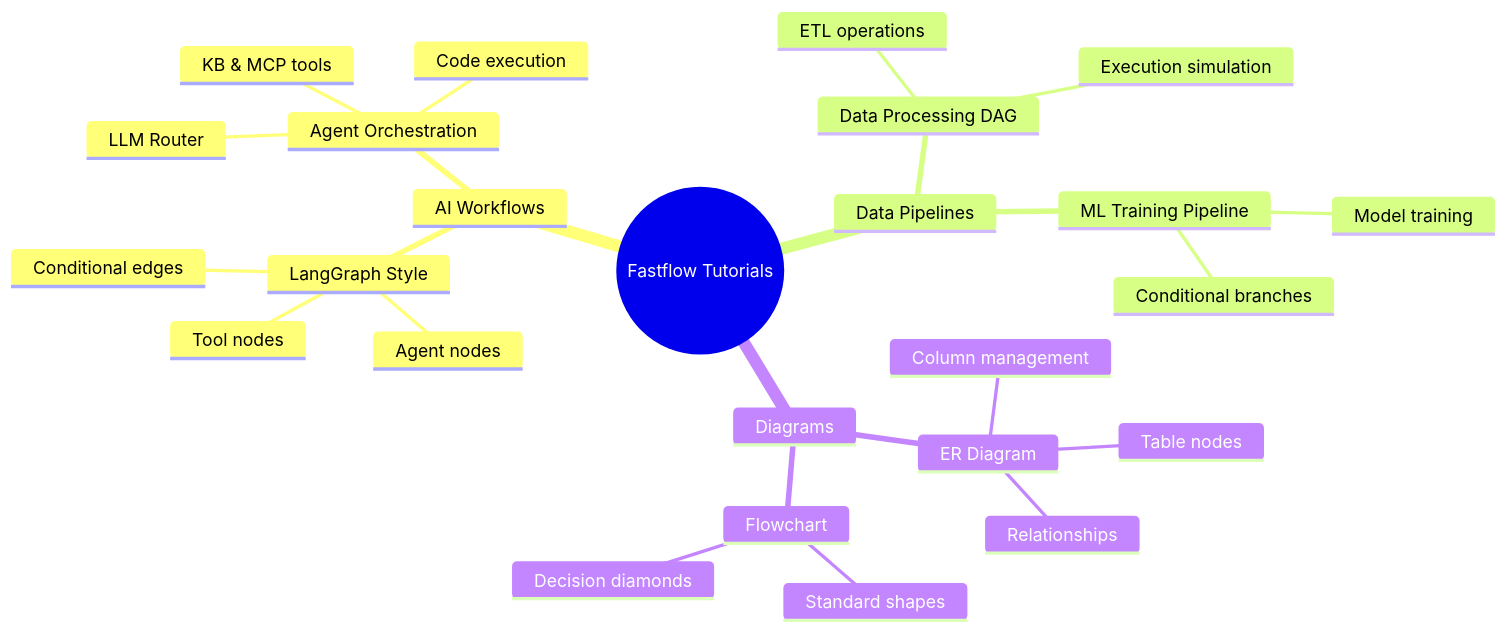
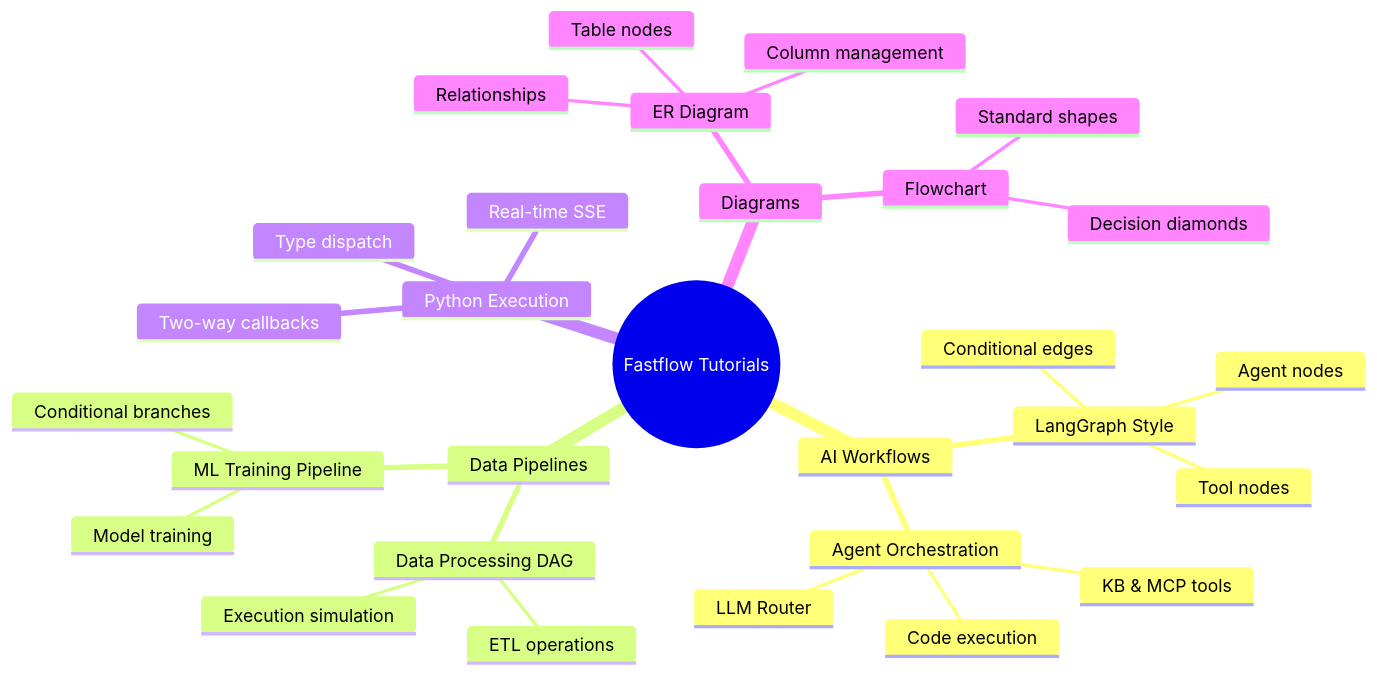
Before and after one commit to sgaseretto/fastflow: the diagram in docs/tutorials/index.md, drawn with Mermaid. The commit also changed other lines of this file and 31 other files, not shown here.

First line of the commit message:
Fix SSE event handling, modularize examples, add Python execution tutorial (#2)

````diff
--- a/docs/tutorials/index.md
+++ b/docs/tutorials/index.md
@@ -7,28 +7,32 @@
 ```mermaid
 mindmap
   root((Fastflow Tutorials))
     AI Workflows
       LangGraph Style
         Agent nodes
         Tool nodes
         Conditional edges
       Agent Orchestration
         LLM Router
         Code execution
         KB & MCP tools
     Data Pipelines
       Data Processing DAG
         ETL operations
         Execution simulation
       ML Training Pipeline
         Model training
         Conditional branches
+    Python Execution
+      Type dispatch
+      Two-way callbacks
+      Real-time SSE
     Diagrams
       ER Diagram
         Table nodes
         Relationships
         Column management
       Flowchart
         Standard shapes
         Decision diamonds
 ```
````
